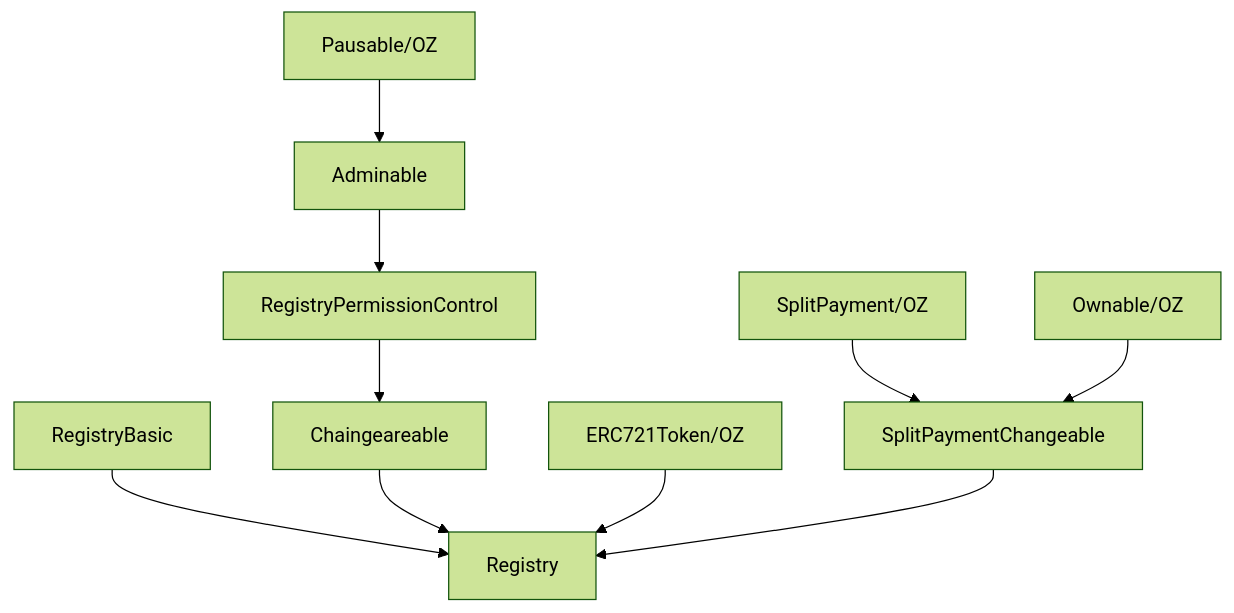
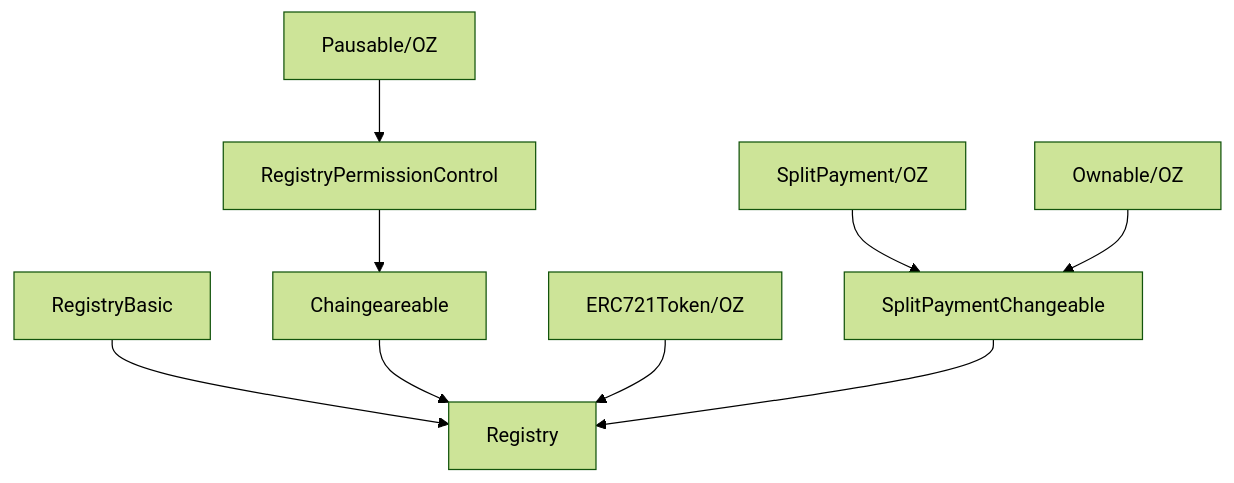
Before and after one commit to cybercongress/chaingear: the diagram in docs/mermaid/origin/contracts-registry_inheritance.mmd, drawn with Mermaid (forest theme). The commit also changed 1 other file, not shown here.

```diff
--- a/docs/mermaid/origin/contracts-registry_inheritance.mmd
+++ b/docs/mermaid/origin/contracts-registry_inheritance.mmd
@@ -1,10 +1,10 @@
 graph TD;
     RegistryBasic-->Registry;
     Chaingeareable-->Registry;
     ERC721Token/OZ-->Registry;
     SplitPaymentChangeable-->Registry;
     SplitPayment/OZ-->SplitPaymentChangeable;
     RegistryPermissionControl-->Chaingeareable;
-    Adminable-->RegistryPermissionControl;
-    Pausable/OZ-->Adminable;
+
+    Pausable/OZ-->RegistryPermissionControl;
     Ownable/OZ-->SplitPaymentChangeable;
```
